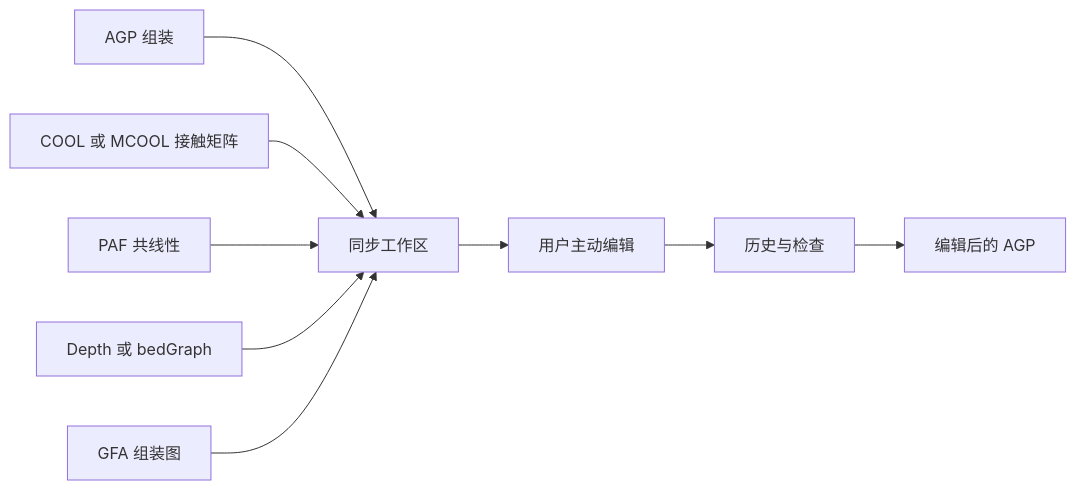
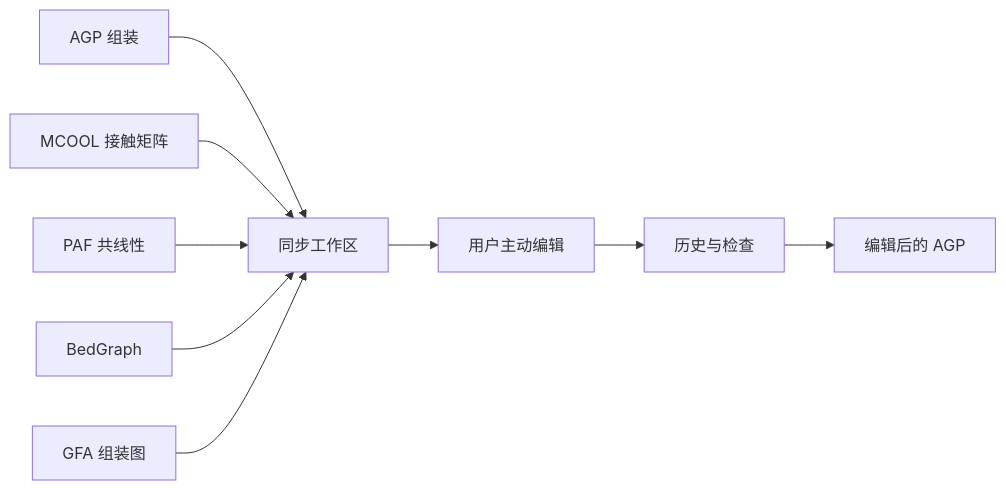
Before and after one commit to wangyibin/C-Studio: the diagram in docs/zh/index.md, drawn with Mermaid. The commit also changed other lines of this file and 18 other files, not shown here.

````diff
--- a/docs/zh/index.md
+++ b/docs/zh/index.md
@@ -24,11 +29,11 @@
 ```mermaid
 flowchart LR
     A["AGP 组装"] --> W["同步工作区"]
-    B["COOL 或 MCOOL 接触矩阵"] --> W
+    B["MCOOL 接触矩阵"] --> W
     C["PAF 共线性"] --> W
-    D["Depth 或 bedGraph"] --> W
+    D["BedGraph"] --> W
     E["GFA 组装图"] --> W
     W --> U["用户主动编辑"]
     U --> H["历史与检查"]
     H --> O["编辑后的 AGP"]
 ```
````
